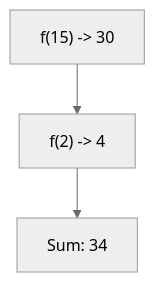
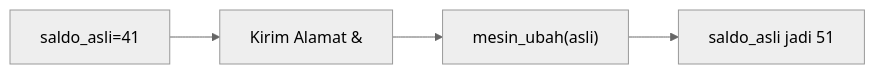
Before and after one commit to amnahwaida/OSNK_INF_PREP: the tenth of 25 diagrams in part-c-pemahaman-cpp/04-fungsi/latihan/set-04.md, drawn with Mermaid (neutral theme). The commit also changed other lines of this file and 71 other files, not shown here.

````diff
--- a/part-c-pemahaman-cpp/04-fungsi/latihan/set-04.md
+++ b/part-c-pemahaman-cpp/04-fungsi/latihan/set-04.md
@@ -259,5 +273,6 @@
 ```mermaid
-graph TD
-A["f(15) -> 30"] --> B["f(2) -> 4"]
-B --> C["Sum: 34"]
+graph LR
+A["saldo_asli=41"] --> B["Kirim Alamat &"]
+B --> C["mesin_ubah(asli)"]
+C --> D["saldo_asli jadi 51"]
 ```
````
